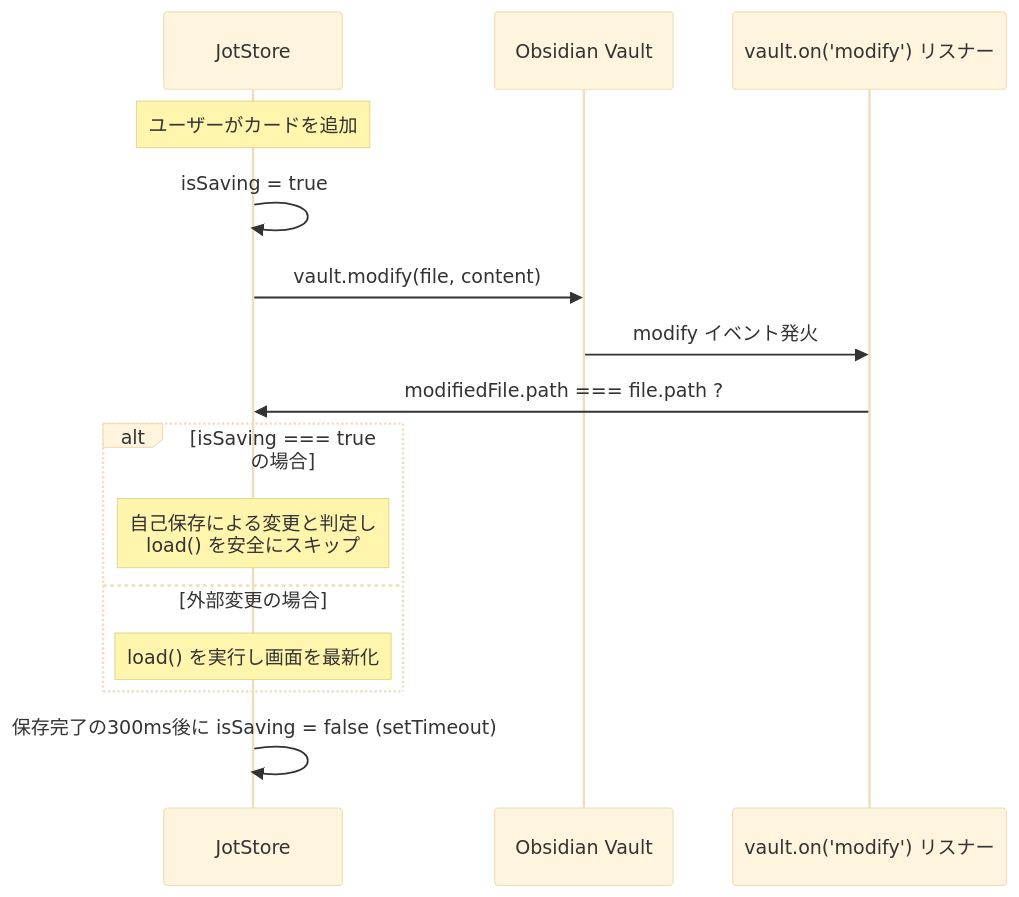
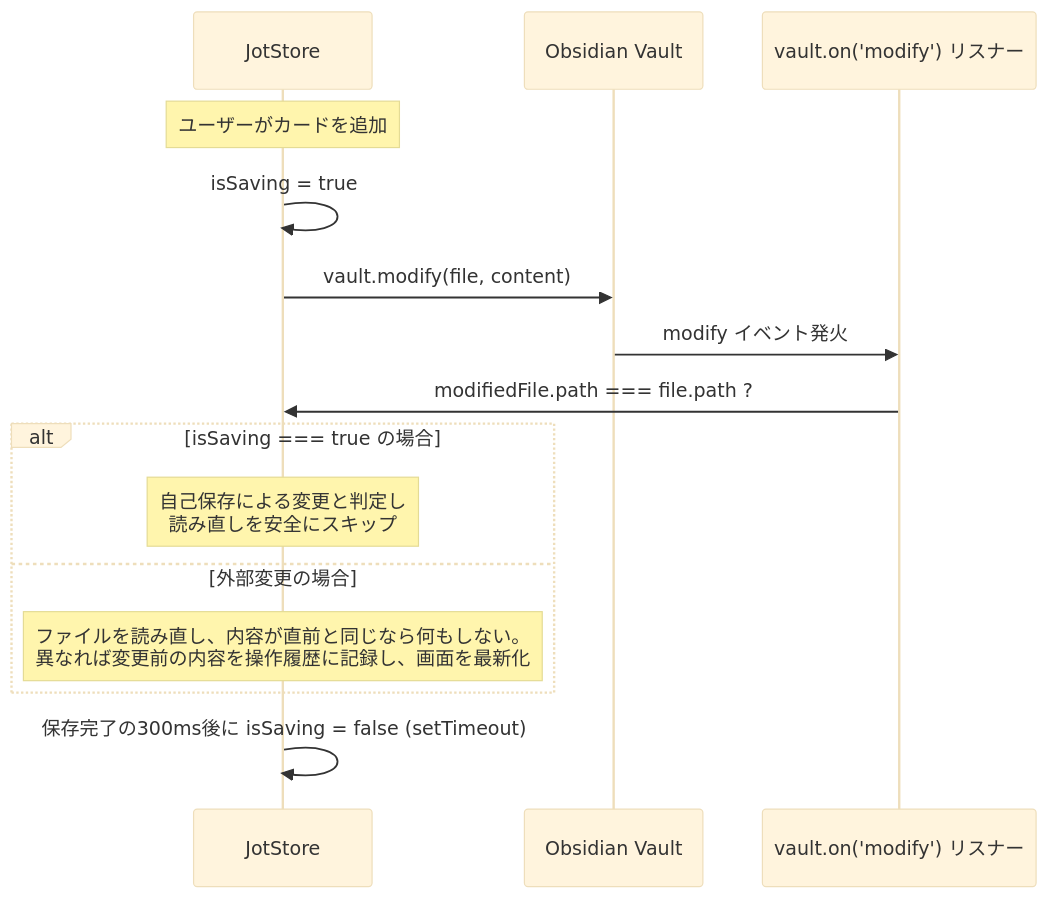
The diagram in docs/architecture/04.Non-Functional.md (sasaki819/JotLine), drawn with Mermaid (base theme) before and after one commit. The commit also changed other lines of this file and 20 other files, not shown here.

````diff
--- a/docs/architecture/04.Non-Functional.md
+++ b/docs/architecture/04.Non-Functional.md
@@ -24,18 +25,18 @@
 ```mermaid
 sequenceDiagram
     participant Store as JotStore
     participant Vault as Obsidian Vault
     participant Event as vault.on('modify') リスナー
 
     Note over Store: ユーザーがカードを追加
     Store->>Store: isSaving = true
     Store->>Vault: vault.modify(file, content)
     Vault->>Event: modify イベント発火
     Event->>Store: modifiedFile.path === file.path ?
     alt isSaving === true の場合
-        Note over Store: 自己保存による変更と判定し<br/>load() を安全にスキップ
+        Note over Store: 自己保存による変更と判定し<br/>読み直しを安全にスキップ
     else 外部変更の場合
-        Note over Store: load() を実行し画面を最新化
+        Note over Store: ファイルを読み直し、内容が直前と同じなら何もしない。<br/>異なれば変更前の内容を操作履歴に記録し、画面を最新化
     end
     Store->>Store: 保存完了の300ms後に isSaving = false (setTimeout)
 ```
````
